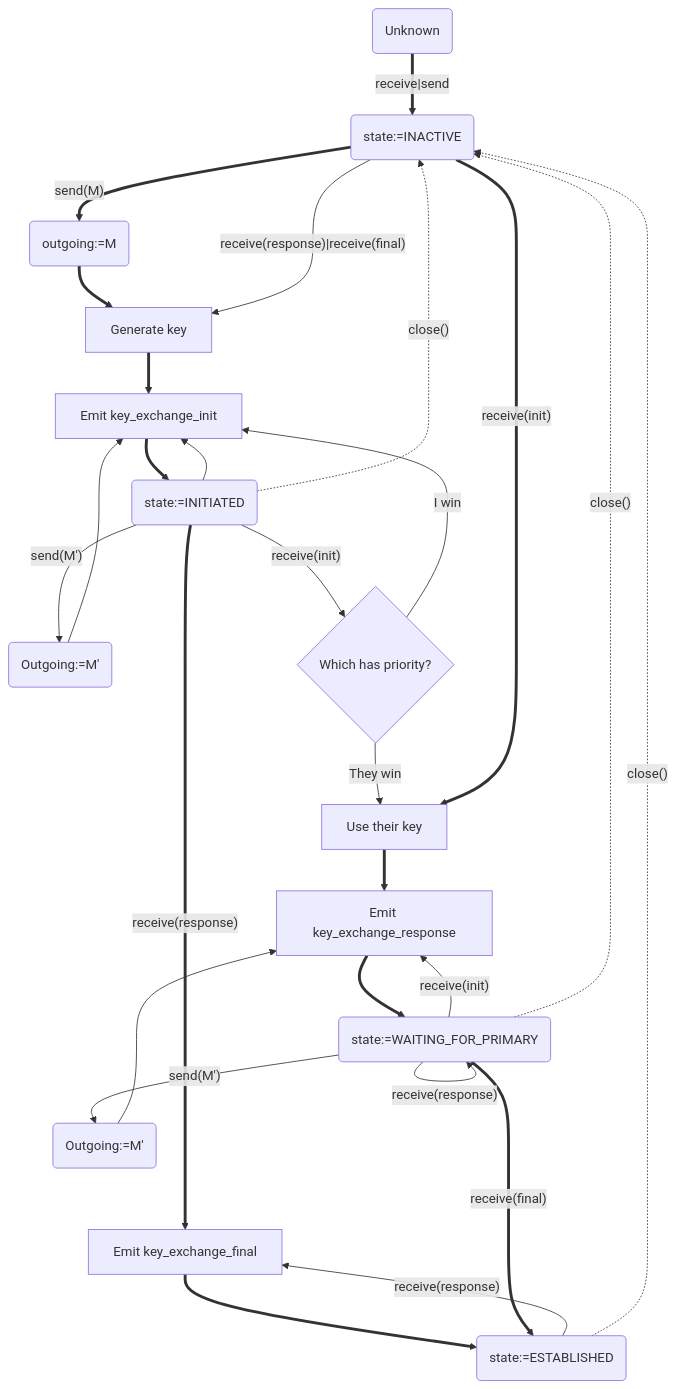
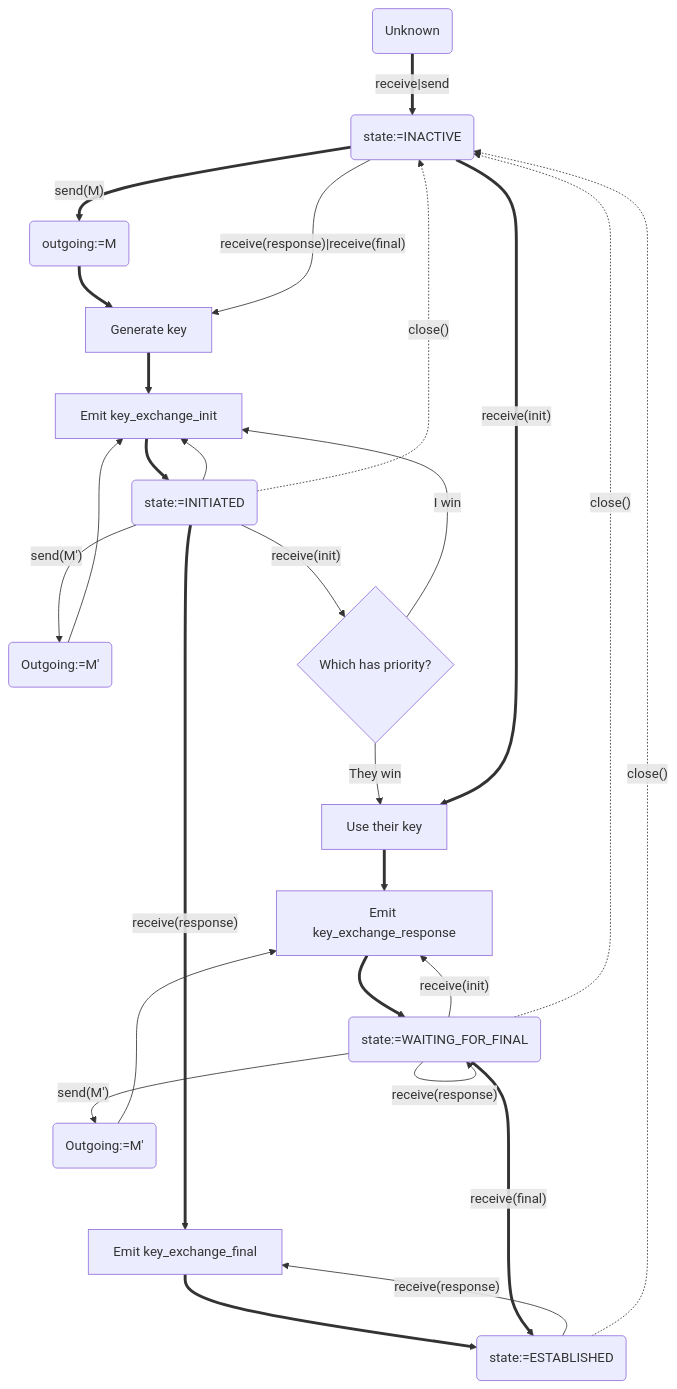
One commit to microsoft/CCF changed the fifth of 5 diagrams in doc/contribute/design/index.rst. Above: the diagram before and after it, drawn with Mermaid. The commit also changed other lines of this file, not shown here.

```diff
--- a/doc/contribute/design/index.rst
+++ b/doc/contribute/design/index.rst
@@ -177,58 +177,58 @@
 .. mermaid::
 
     graph TD
         %% Every emit is currently actually only done the first time
         s_unknown(Unknown)
         s_inactive(state:=INACTIVE)
         s_initiated(state:=INITIATED)
-        s_waiting(state:=WAITING_FOR_PRIMARY)
+        s_waiting(state:=WAITING_FOR_FINAL)
         s_established(state:=ESTABLISHED)
 
         s_generate[Generate key]
         s_queue_new(outgoing:=M)
         s_emit_kei[Emit key_exchange_init]
         s_queue_new_init(Outgoing:=M')
         s_emit_ker[Emit key_exchange_response]
         s_use_key[Use their key]
         s_queue_new_waiting(Outgoing:=M')
         s_emit_kef[Emit key_exchange_final]
         s_dual_kei{Which has priority?}
 
         s_unknown =="receive|send"==> s_inactive
         s_inactive =="send(M)"==> s_queue_new
         s_queue_new ==> s_generate
 
         %% They're trying to talk to us, but we're not in the right state! Help
         %% them start over
         s_inactive --"receive(response)|receive(final)"--> s_generate
 
         s_generate ==> s_emit_kei
 
         s_emit_kei ==> s_initiated
 
         s_initiated --"send(M')"--> s_queue_new_init
         s_queue_new_init --> s_emit_kei
         s_initiated --> s_emit_kei
 
         s_initiated =="receive(response)"==> s_emit_kef
         s_established --"receive(response)"--> s_emit_kef
         s_emit_kef ==> s_established
         
         s_initiated --"receive(init)"--> s_dual_kei
         s_dual_kei --I win--> s_emit_kei
         s_dual_kei --They win--> s_use_key
         s_use_key ==> s_emit_ker
 
         s_inactive =="receive(init)"==> s_use_key
         s_emit_ker ==> s_waiting
         
         s_waiting --"send(M')"--> s_queue_new_waiting
         s_queue_new_waiting --> s_emit_ker
 
         s_waiting --"receive(init)"--> s_emit_ker
         s_waiting --"receive(response)"--> s_waiting
         s_waiting =="receive(final)"====> s_established
 
         s_initiated-."close()"....-> s_inactive
         s_waiting-."close()"....-> s_inactive
         s_established-."close()"....-> s_inactive
```
